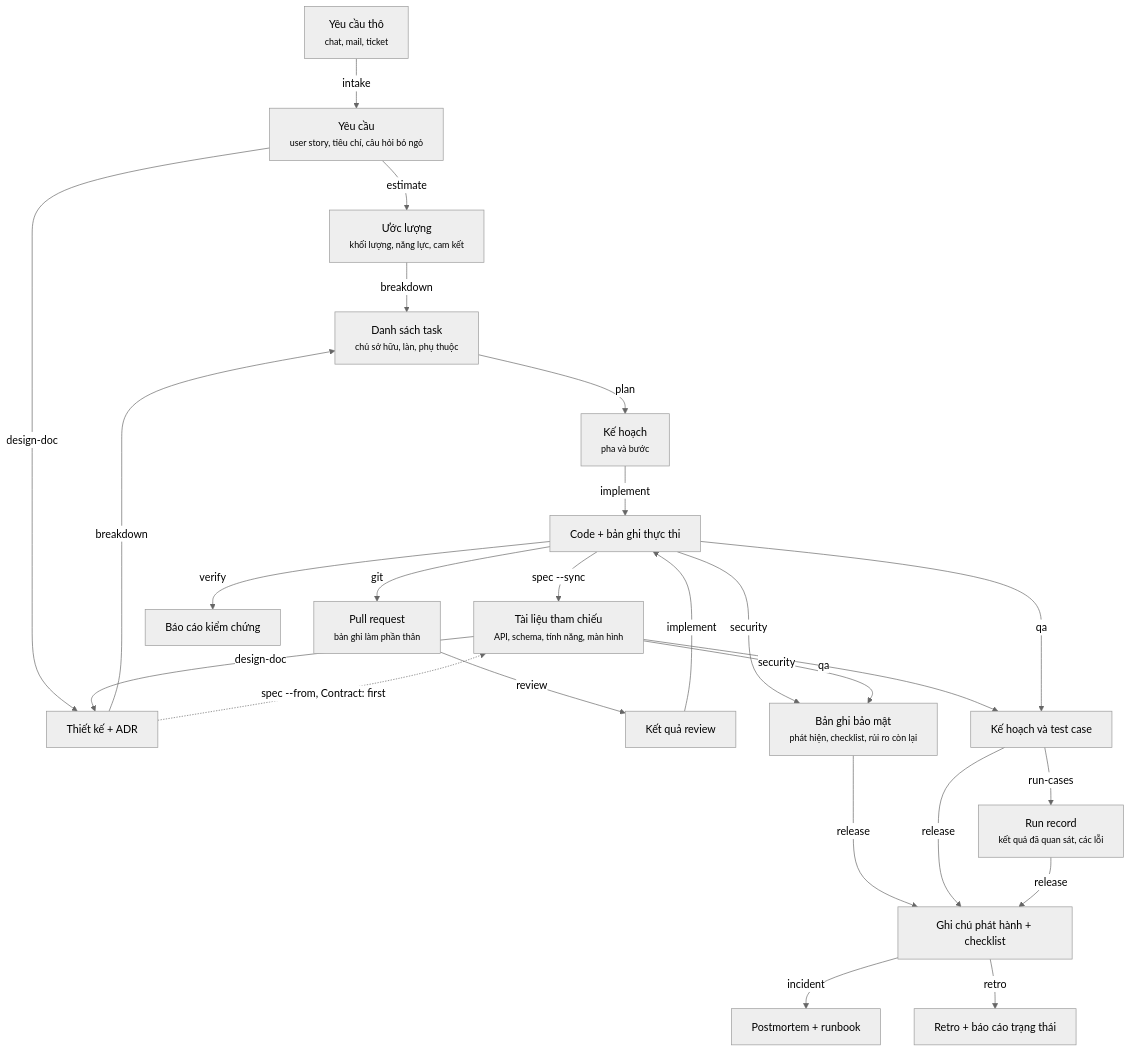
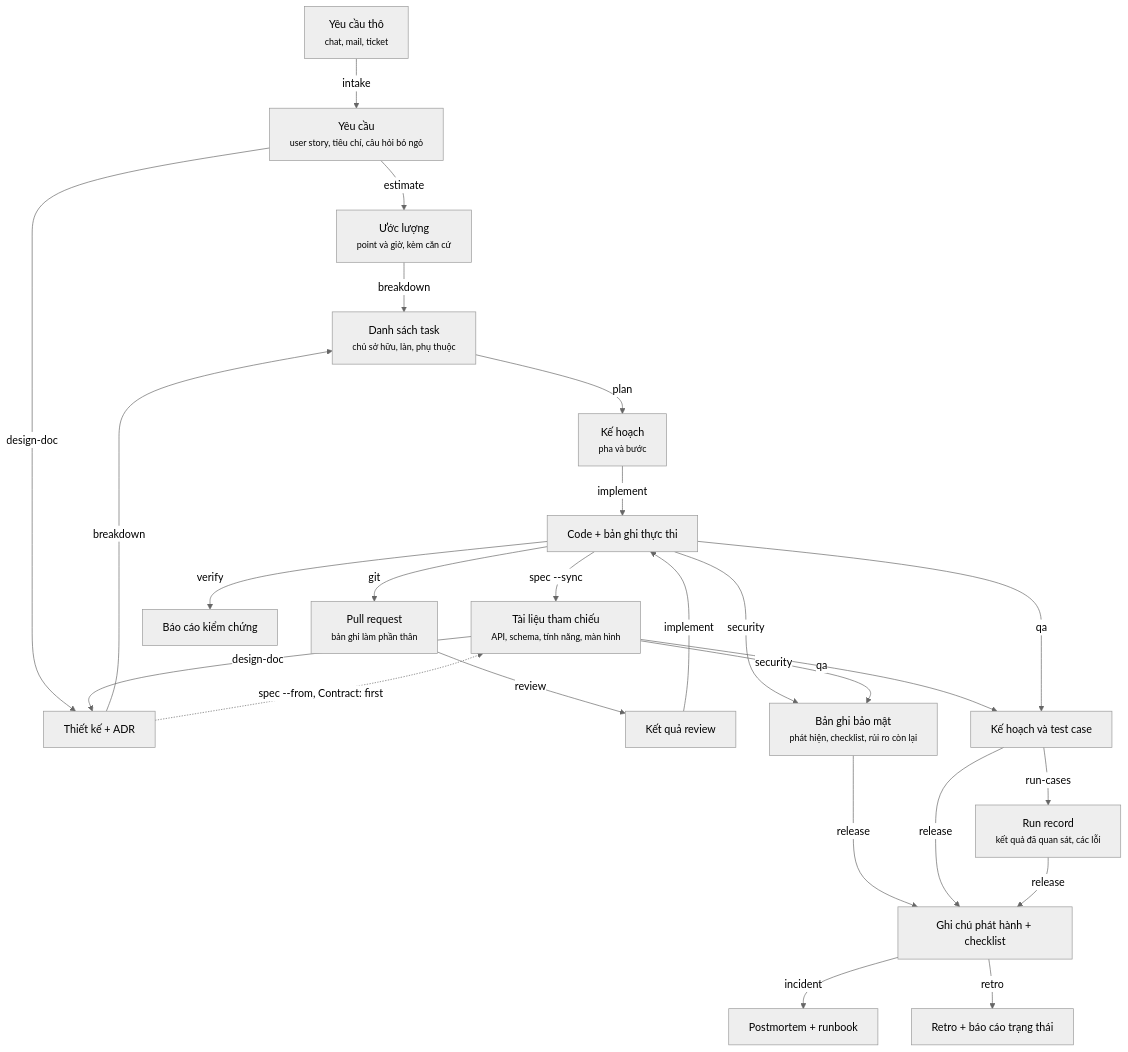
The diagram in docs/vi/flow/skill-chain.md (lamngockhuong/aiteamkit), drawn with Mermaid (neutral theme) before and after one commit. The commit also changed other lines of this file and 21 other files, not shown here.

````diff
--- a/docs/vi/flow/skill-chain.md
+++ b/docs/vi/flow/skill-chain.md
@@ -14,45 +14,45 @@
 ```mermaid
 flowchart TD
     A0["Yêu cầu thô<br/><small>chat, mail, ticket</small>"]
     A1["Yêu cầu<br/><small>user story, tiêu chí, câu hỏi bỏ ngỏ</small>"]
-    A2["Ước lượng<br/><small>khối lượng, năng lực, cam kết</small>"]
+    A2["Ước lượng<br/><small>point và giờ, kèm căn cứ</small>"]
     A3["Thiết kế + ADR"]
     A3b["Tài liệu tham chiếu<br/><small>API, schema, tính năng, màn hình</small>"]
     A4["Danh sách task<br/><small>chủ sở hữu, làn, phụ thuộc</small>"]
     A5["Kế hoạch<br/><small>pha và bước</small>"]
     A6["Code + bản ghi thực thi"]
     A6b["Pull request<br/><small>bản ghi làm phần thân</small>"]
     A7["Kết quả review"]
     A8["Kế hoạch và test case"]
     A8b["Run record<br/><small>kết quả đã quan sát, các lỗi</small>"]
     A9["Báo cáo kiểm chứng"]
     A9b["Bản ghi bảo mật<br/><small>phát hiện, checklist, rủi ro còn lại</small>"]
     A10["Ghi chú phát hành + checklist"]
     A11["Postmortem + runbook"]
     A12["Retro + báo cáo trạng thái"]
 
     A0 -->|intake| A1
     A1 -->|estimate| A2
     A1 -->|design-doc| A3
     A2 -->|breakdown| A4
     A3 -->|breakdown| A4
     A3b -->|design-doc| A3
     A4 -->|plan| A5
     A5 -->|implement| A6
     A6 -->|git| A6b
     A6b -->|review| A7
     A7 -->|implement| A6
     A6 -->|spec --sync| A3b
     A3 -.->|spec --from, Contract: first| A3b
     A3b -->|qa| A8
     A6 -->|qa| A8
     A6 -->|verify| A9
     A6 -->|security| A9b
     A3b -->|security| A9b
     A9b -->|release| A10
     A8 -->|release| A10
     A8 -->|run-cases| A8b
     A8b -->|release| A10
     A10 -->|incident| A11
     A10 -->|retro| A12
 ```
````
